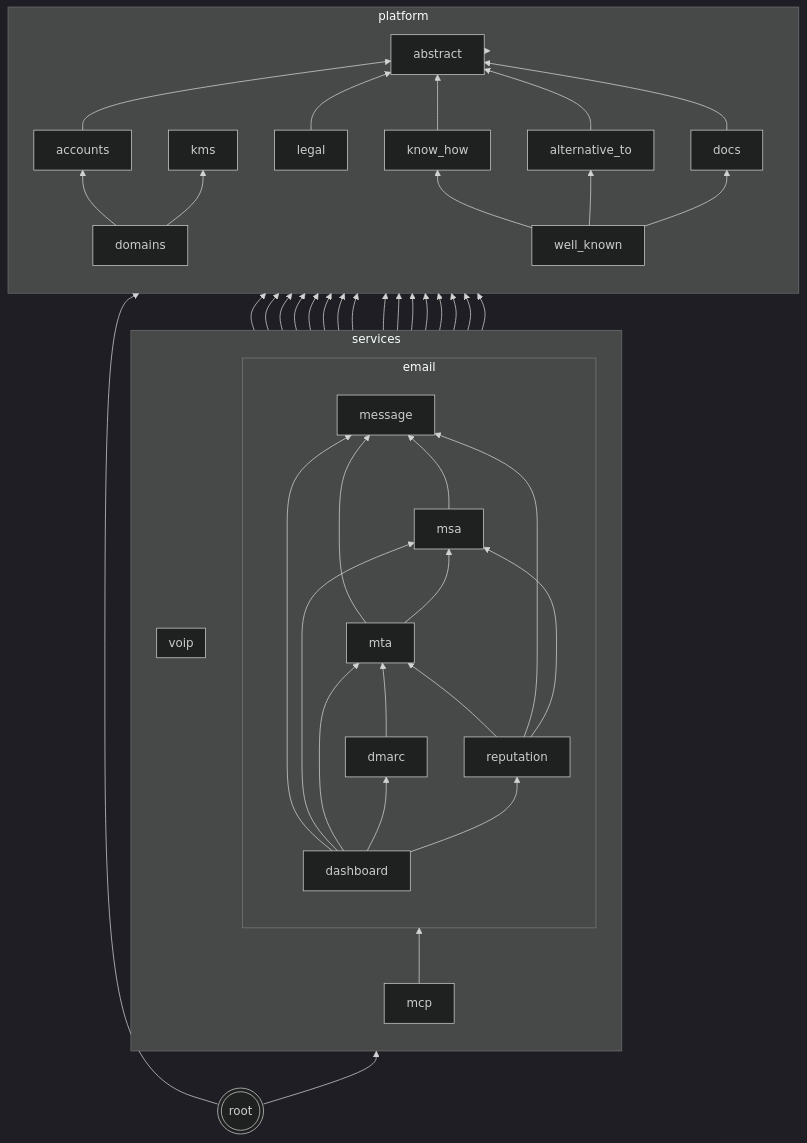
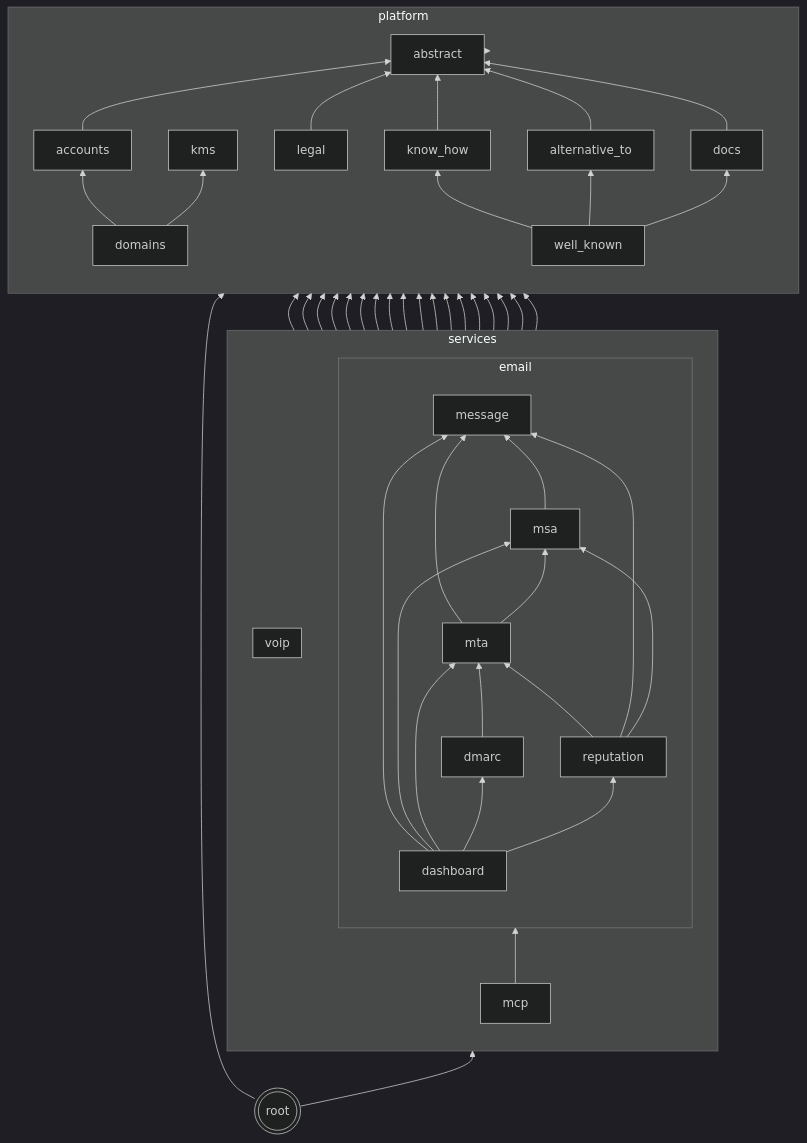
One commit to codingjoe/relay changed the second of 2 diagrams in README.md. Above: the diagram before and after it, drawn with Mermaid (dark theme). The commit also changed other lines of this file and 24 other files, not shown here.

First line of the commit message:
Expose documentation and know-how as MCP resources (#481)

````diff
--- a/README.md
+++ b/README.md
@@ -372,74 +373,76 @@
 ```mermaid
 graph BT
  abstract[abstract];
  kms[kms];
  subgraph platform
  direction BT
  accounts
  domains
  know_how[know_how]
  alternative_to[alternative_to]
  docs
  legal
  well_known[well_known]
  domains --> accounts
  accounts --> abstract
  domains --> kms
  legal --> abstract
  know_how --> abstract
  alternative_to --> abstract
  docs --> abstract
  well_known --> know_how
  well_known --> alternative_to
  well_known --> docs
  end
  subgraph services
  direction BT
  subgraph email
  direction BT
  dashboard[dashboard]
  message[message]
  msa
  mta
  dmarc
  reputation
  message --> accounts
  message --> domains
  message --> kms
  msa --> message
  msa --> accounts
  msa --> domains
  msa --> kms
  mta --> message
  mta --> msa
  mta --> accounts
  mta --> domains
  mta --> kms
  dmarc --> accounts
  dmarc --> domains
  dmarc --> mta
  reputation --> mta
  reputation --> message
  reputation --> domains
  reputation --> accounts
  reputation --> msa
  dashboard --> message
  dashboard --> msa
  dashboard --> mta
  dashboard --> dmarc
  dashboard --> reputation
  end
  mcp
  mcp --> abstract
  mcp --> accounts
+ mcp --> docs
+ mcp --> know_how
  mcp --> message
  subgraph voip
  direction BT
  end
  end
  services --> platform;
  platform --> abstract;
  root --> services;
  root --> platform;
  root(((root)))
 ```
````
